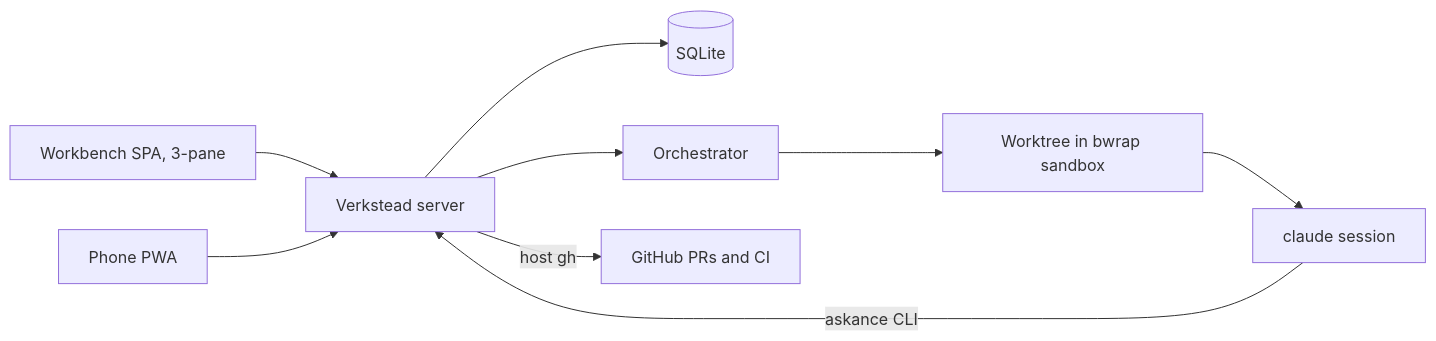
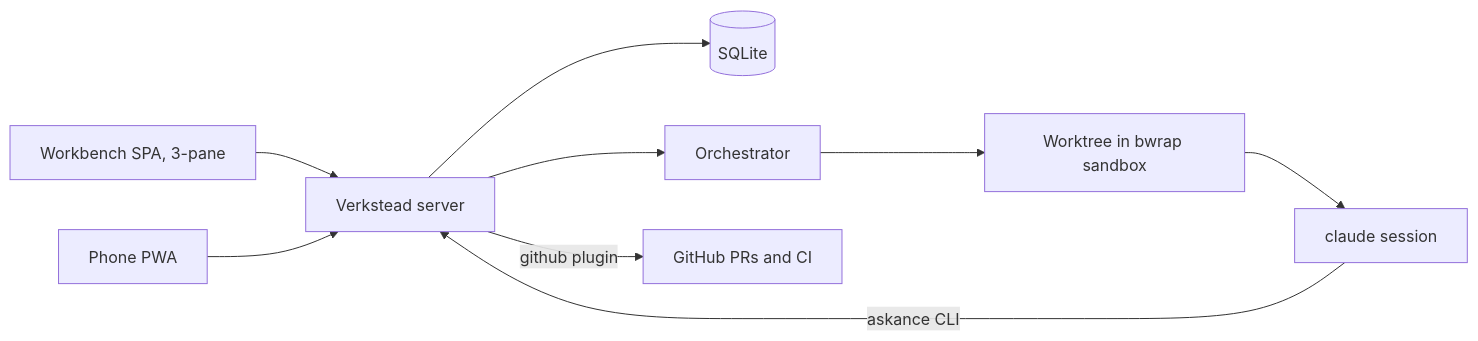
The diagram in docs/design/verkstead.md (tobico/verkstead), drawn with Mermaid before and after one commit. The commit also changed other lines of this file and 19 other files, not shown here.

````diff
--- a/docs/design/verkstead.md
+++ b/docs/design/verkstead.md
@@ -15,11 +15,11 @@
 ```mermaid
 flowchart LR
   SPA[Workbench SPA, 3-pane] --> SRV[Verkstead server]
   PWA[Phone PWA] --> SRV
   SRV --> DB[(SQLite)]
   SRV --> ORC[Orchestrator]
   ORC --> WT[Worktree in bwrap sandbox]
   WT --> AG[claude session]
   AG -- askance CLI --> SRV
-  SRV -- host gh --> GH[GitHub PRs and CI]
+  SRV -- github plugin --> GH[GitHub PRs and CI]
 ```
````
